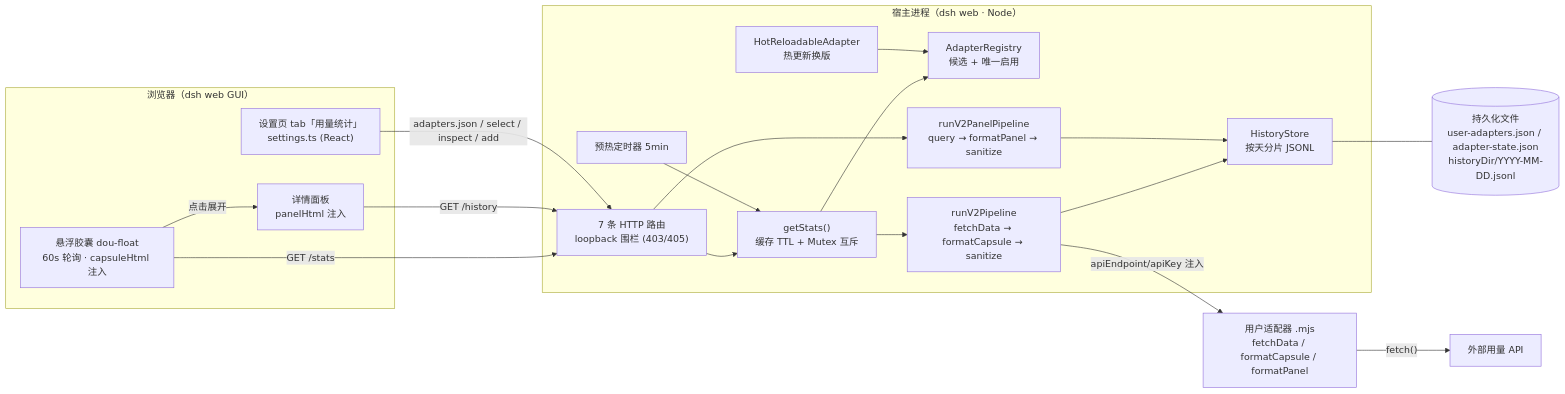
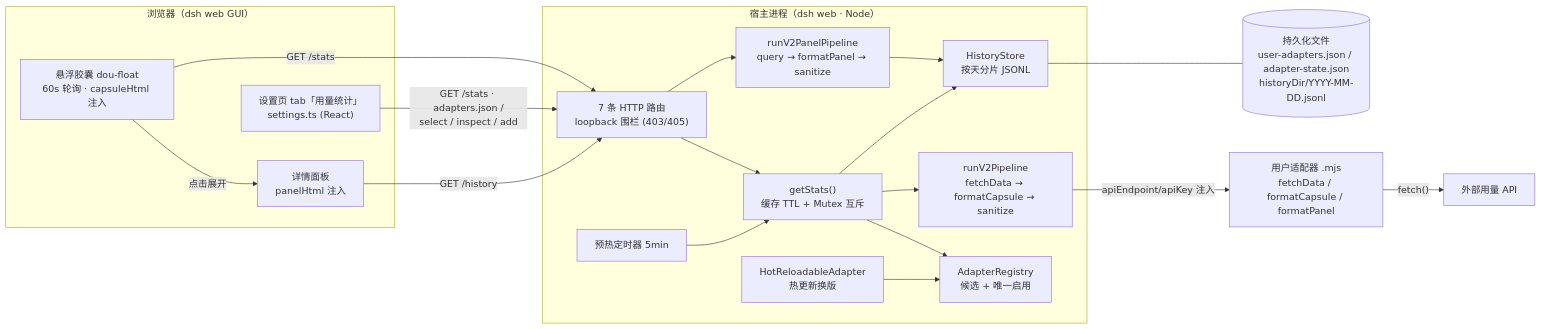
The first of 10 diagrams in packages/dsh-provider-usage/docs/architecture.md (wingsky-1/dsh-plugin-hub), drawn with Mermaid before and after one commit. The commit also changed other lines of this file and 3 other files, not shown here.

Commit message:
docs(dsh-provider-usage): 按双评审修正架构文档——落盘时机归属 getStats、未配置态胶囊隐藏、密钥链 yaml 旧名二查；README 去幽灵路由与配置项、接线主路径统一为设置页

````diff
--- a/packages/dsh-provider-usage/docs/architecture.md
+++ b/packages/dsh-provider-usage/docs/architecture.md
@@ -13,40 +13,40 @@
 ```mermaid
 flowchart LR
     subgraph browser["浏览器（dsh web GUI）"]
         PILL["悬浮胶囊 dou-float<br/>60s 轮询 · capsuleHtml 注入"]
         PANEL["详情面板<br/>panelHtml 注入"]
         SETTINGS["设置页 tab「用量统计」<br/>settings.ts (React)"]
         PILL -->|点击展开| PANEL
     end
 
     subgraph host["宿主进程（dsh web · Node）"]
         ROUTES["7 条 HTTP 路由<br/>loopback 围栏 (403/405)"]
         GETSTATS["getStats()<br/>缓存 TTL + Mutex 互斥"]
         REG["AdapterRegistry<br/>候选 + 唯一启用"]
         PIPE["runV2Pipeline<br/>fetchData → formatCapsule → sanitize"]
         PIPEPANEL["runV2PanelPipeline<br/>query → formatPanel → sanitize"]
         HIST["HistoryStore<br/>按天分片 JSONL"]
         HOT["HotReloadableAdapter<br/>热更新换版"]
         WARM["预热定时器 5min"]
 
         ROUTES --> GETSTATS
         ROUTES --> PIPEPANEL
         GETSTATS --> REG
         GETSTATS --> PIPE
-        PIPE --> HIST
+        GETSTATS --> HIST
         PIPEPANEL --> HIST
         HOT --> REG
         WARM --> GETSTATS
     end
 
     ADAPTER["用户适配器 .mjs<br/>fetchData / formatCapsule / formatPanel"]
     API["外部用量 API"]
     DISK[("持久化文件<br/>user-adapters.json / adapter-state.json<br/>historyDir/YYYY-MM-DD.jsonl")]
 
     PILL -->|"GET /stats"| ROUTES
     PANEL -->|"GET /history"| ROUTES
-    SETTINGS -->|"adapters.json / select / inspect / add"| ROUTES
+    SETTINGS -->|"GET /stats · adapters.json /<br/>select / inspect / add"| ROUTES
     PIPE -->|"apiEndpoint/apiKey 注入"| ADAPTER
     ADAPTER -->|"fetch()"| API
     HIST --- DISK
 ```
````
